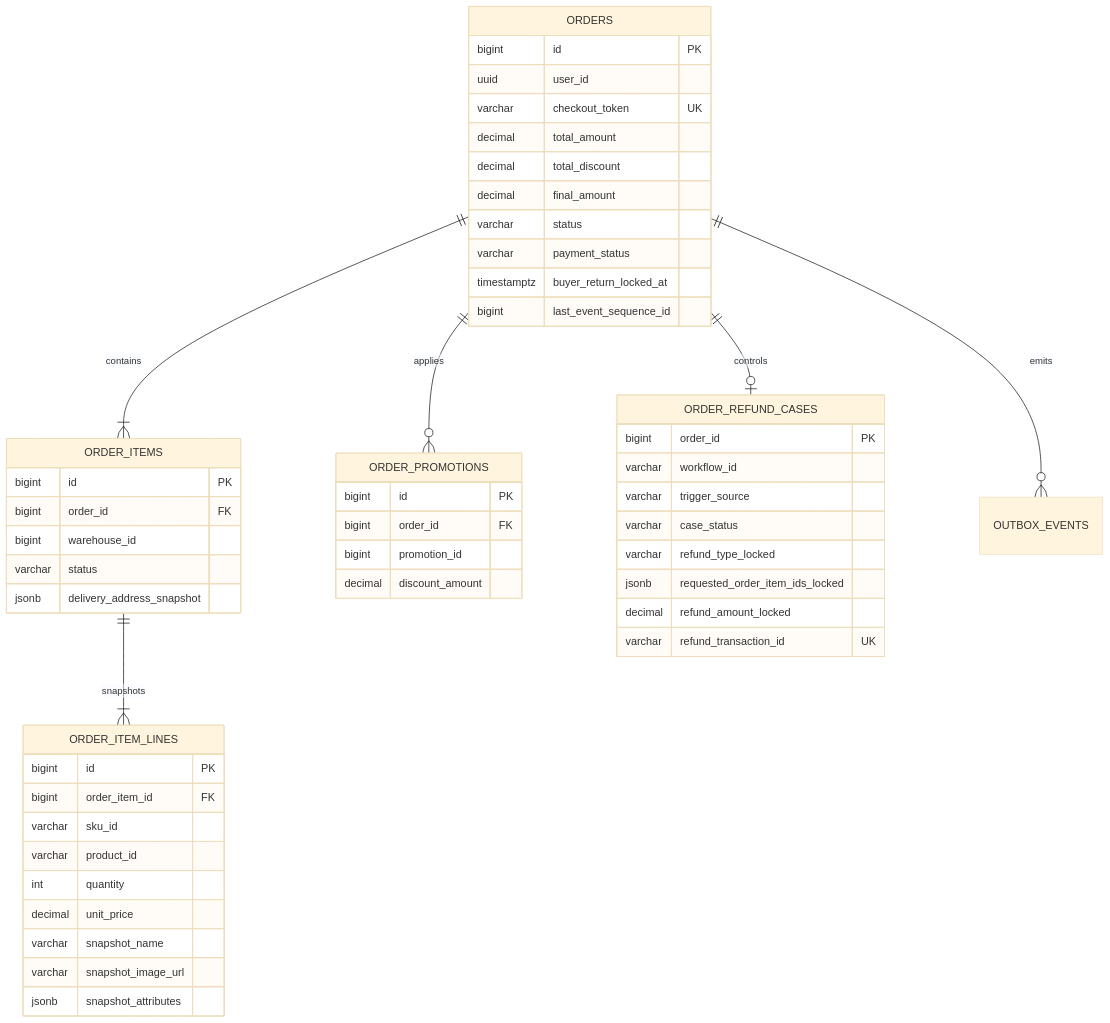
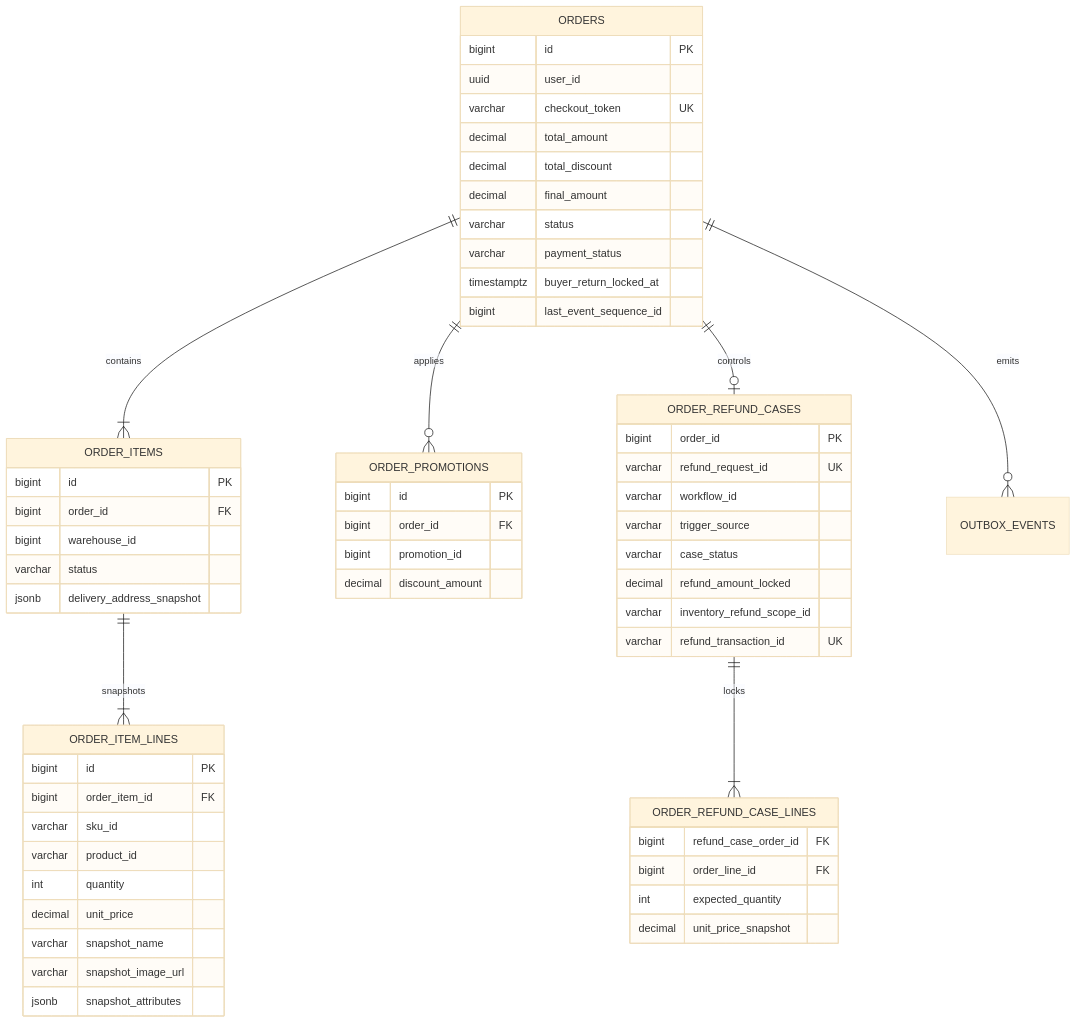
Before and after one commit to quangdung2110/e-commerce-microservices: the diagram in docs/order/data.md, drawn with Mermaid (base theme). The commit also changed other lines of this file and 15 other files, not shown here.

First line of the commit message:
docs(order): define lifetime selected-line refund policy

````diff
--- a/docs/order/data.md
+++ b/docs/order/data.md
@@ -37,55 +37,62 @@
 ```mermaid
 erDiagram
     ORDERS ||--|{ ORDER_ITEMS : contains
     ORDER_ITEMS ||--|{ ORDER_ITEM_LINES : snapshots
     ORDERS ||--o{ ORDER_PROMOTIONS : applies
     ORDERS ||--o| ORDER_REFUND_CASES : controls
+    ORDER_REFUND_CASES ||--|{ ORDER_REFUND_CASE_LINES : locks
     ORDERS ||--o{ OUTBOX_EVENTS : emits
 
     ORDERS {
       bigint id PK
       uuid user_id
       varchar checkout_token UK
       decimal total_amount
       decimal total_discount
       decimal final_amount
       varchar status
       varchar payment_status
       timestamptz buyer_return_locked_at
       bigint last_event_sequence_id
     }
     ORDER_ITEMS {
       bigint id PK
       bigint order_id FK
       bigint warehouse_id
       varchar status
       jsonb delivery_address_snapshot
     }
     ORDER_ITEM_LINES {
       bigint id PK
       bigint order_item_id FK
       varchar sku_id
       varchar product_id
       int quantity
       decimal unit_price
       varchar snapshot_name
       varchar snapshot_image_url
       jsonb snapshot_attributes
     }
     ORDER_PROMOTIONS {
       bigint id PK
       bigint order_id FK
       bigint promotion_id
       decimal discount_amount
     }
     ORDER_REFUND_CASES {
       bigint order_id PK
+      varchar refund_request_id UK
       varchar workflow_id
       varchar trigger_source
       varchar case_status
-      varchar refund_type_locked
-      jsonb requested_order_item_ids_locked
       decimal refund_amount_locked
+      varchar inventory_refund_scope_id
       varchar refund_transaction_id UK
     }
+    ORDER_REFUND_CASE_LINES {
+      bigint refund_case_order_id FK
+      bigint order_line_id FK
+      int expected_quantity
+      decimal unit_price_snapshot
+    }
 ```
````
